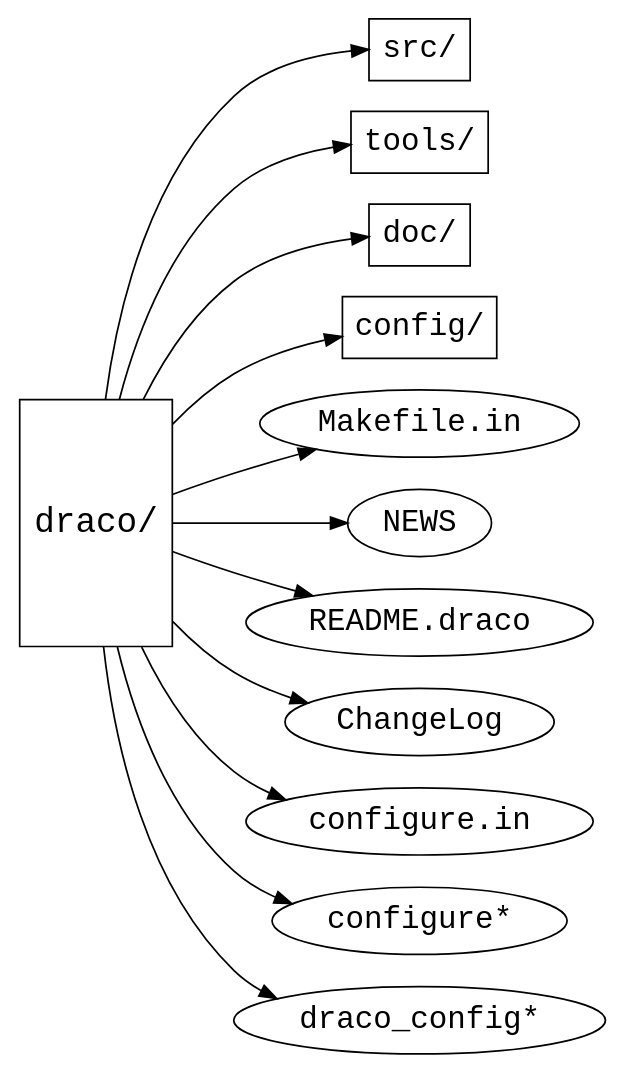
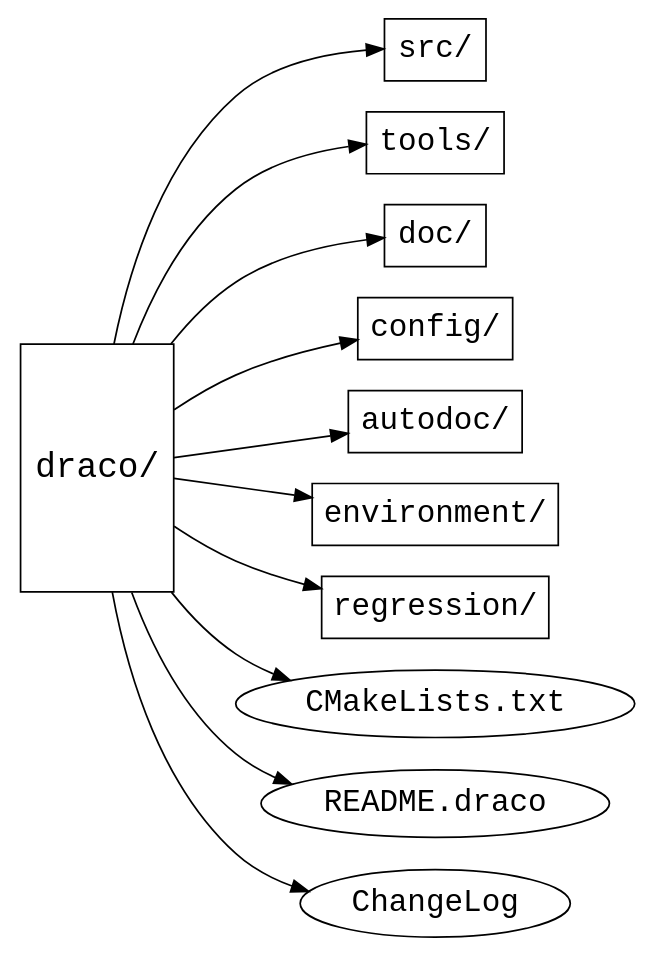
Before and after one commit to warsa/Draco: the diagram in doc/build/fig/src_draco.dot, drawn with Graphviz. The commit also changed 39 other files, not shown here.

Commit message:
+ Provide a nearly complete rewrite of the Draco Build System document that provides relevant information about the CMake-based build system.

```diff
--- a/doc/build/fig/src_draco.dot
+++ b/doc/build/fig/src_draco.dot
@@ -1,42 +1,41 @@
 /* Time-stamp: <99/02/11 18:10:47 tme> */
 
 digraph source_tree {
   /* graph attributes */
     center=1;
     margin=".25,.25";
     size="6.5,9";
     rankdir=LR;
     
   /* main directories */
 
   /* .. level */
     node [fontname=Courier];
     
     draco  [label="draco/", fontsize=20, shape=box, height=2];
 
   /* draco/ level */
     node [fontsize=18];
     {
       /* directories */
 	node   [shape=box];
 	src    [label="src/"];
 	tools  [label="tools/"];
 	doc    [label="doc/"];
 	config [label="config/"];
+    autodoc [label="autodoc/"];
+    environment [label="environment/"];
+    regression [ label="regression/"];
 
       /* files */
 	node       [shape=ellipse];
-	draco_min  [label="Makefile.in"];
-	news       [label="NEWS"];
+	draco_cml  [label="CMakeLists.txt"];
 	readme     [label="README.draco"];
 	change     [label="ChangeLog"];
-	draco_cin  [label="configure.in"];
-	draco_c    [label="configure*"];
-	draco_conf [label="draco_config*"];
     }
     
   /* tree */
     
-    draco -> {src tools doc config draco_min news readme change draco_cin
-		  draco_c draco_conf};
+    draco -> {src tools doc config autodoc environment regression 
+              draco_cml readme change};
 }
```
